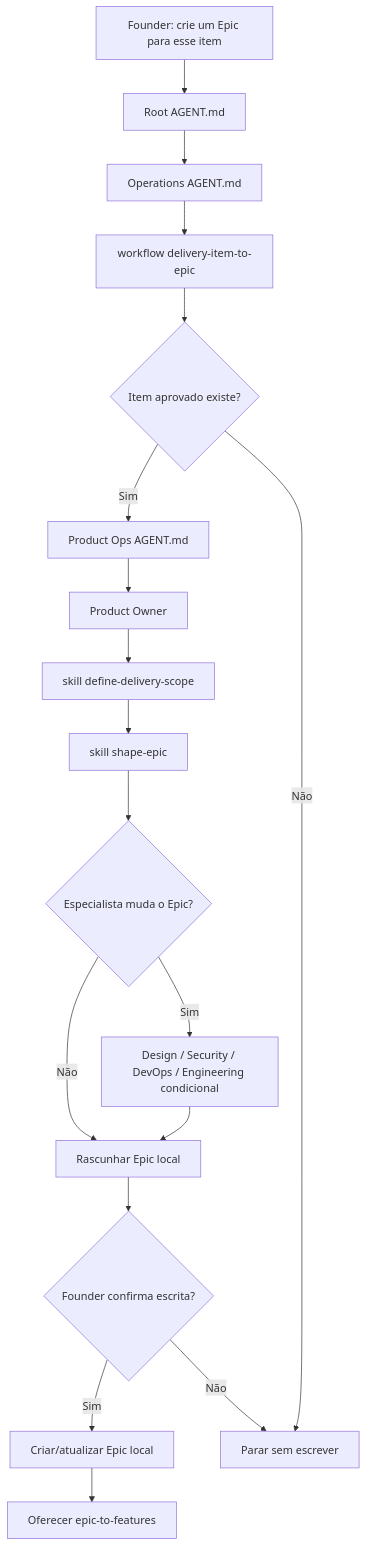
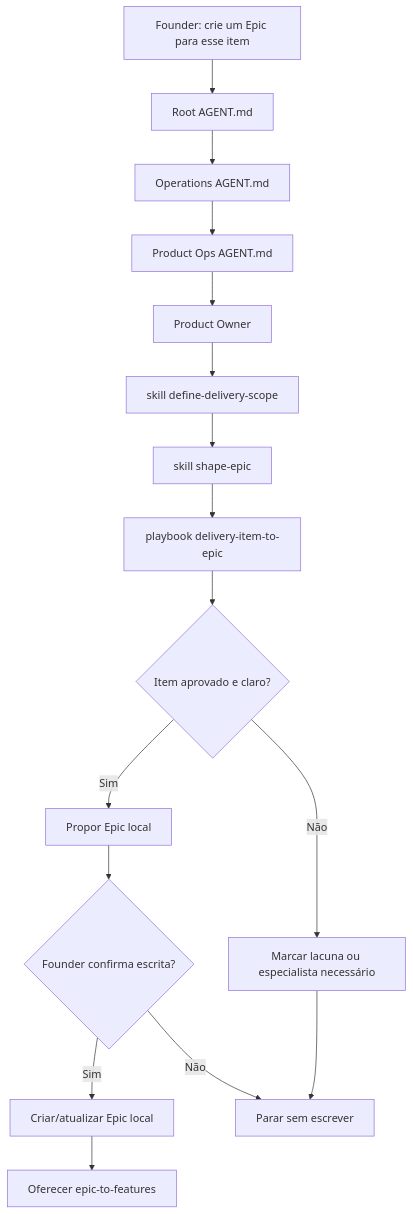
One commit to desousajhonny/leanOS changed the diagram in docs/framework/founder-journeys/delivery-item-to-epic.md. Above: the diagram before and after it, drawn with Mermaid. The commit also changed other lines of this file and 21 other files, not shown here.

Commit message:
Use Product Ops playbooks for epic shaping

````diff
--- a/docs/framework/founder-journeys/delivery-item-to-epic.md
+++ b/docs/framework/founder-journeys/delivery-item-to-epic.md
@@ -14,28 +14,24 @@
 ```mermaid
 flowchart TD
   A["Founder: crie um Epic para esse item"]
   B["Root AGENT.md"]
   C["Operations AGENT.md"]
-  D["workflow delivery-item-to-epic"]
-  E{"Item aprovado existe?"}
-  F["Product Ops AGENT.md"]
-  G["Product Owner"]
-  H["skill define-delivery-scope"]
-  I["skill shape-epic"]
-  J{"Especialista muda o Epic?"}
-  K["Design / Security / DevOps / Engineering condicional"]
-  L["Rascunhar Epic local"]
-  M{"Founder confirma escrita?"}
-  N["Criar/atualizar Epic local"]
-  O["Oferecer epic-to-features"]
-  P["Parar sem escrever"]
+  D["Product Ops AGENT.md"]
+  E["Product Owner"]
+  F["skill define-delivery-scope"]
+  G["skill shape-epic"]
+  H["playbook delivery-item-to-epic"]
+  I{"Item aprovado e claro?"}
+  J["Marcar lacuna ou especialista necessário"]
+  K["Propor Epic local"]
+  L{"Founder confirma escrita?"}
+  M["Criar/atualizar Epic local"]
+  N["Oferecer epic-to-features"]
+  O["Parar sem escrever"]
 
-  A --> B --> C --> D --> E
-  E -->|Não| P
-  E -->|Sim| F --> G --> H --> I --> J
-  J -->|Sim| K --> L
-  J -->|Não| L
-  L --> M
-  M -->|Sim| N --> O
-  M -->|Não| P
+  A --> B --> C --> D --> E --> F --> G --> H --> I
+  I -->|Não| J --> O
+  I -->|Sim| K --> L
+  L -->|Sim| M --> N
+  L -->|Não| O
 ```
````
